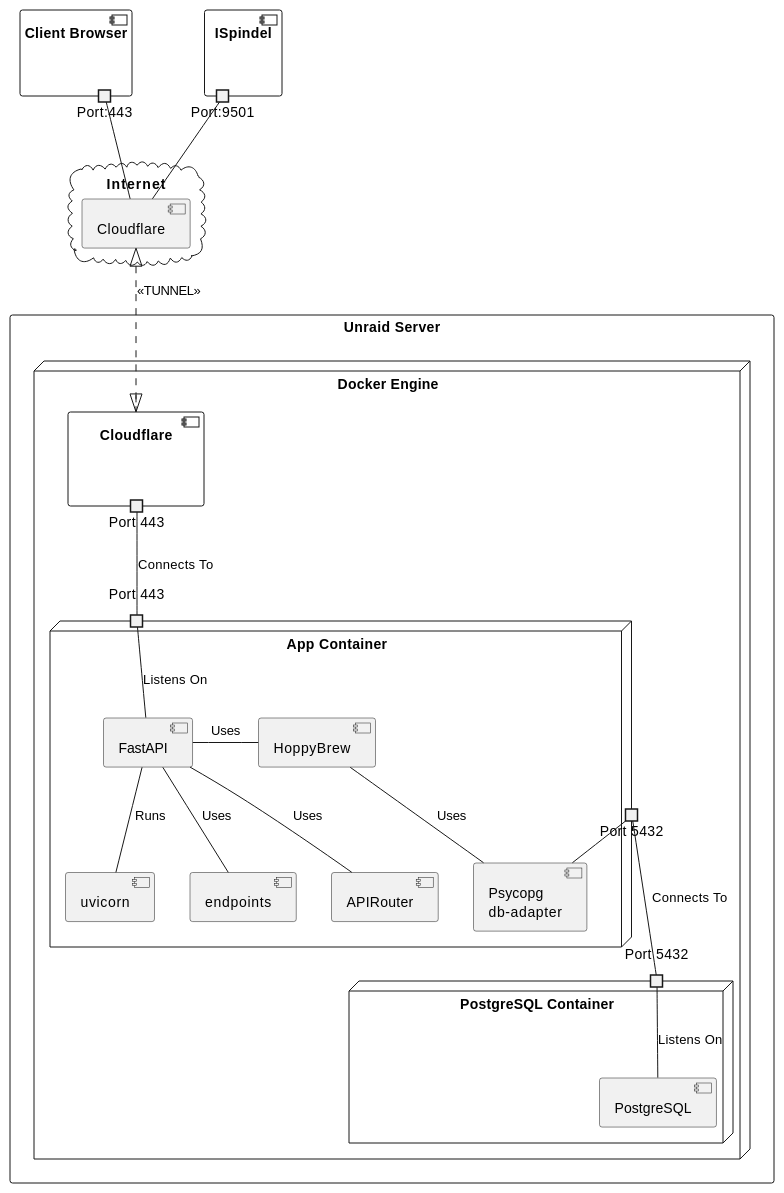
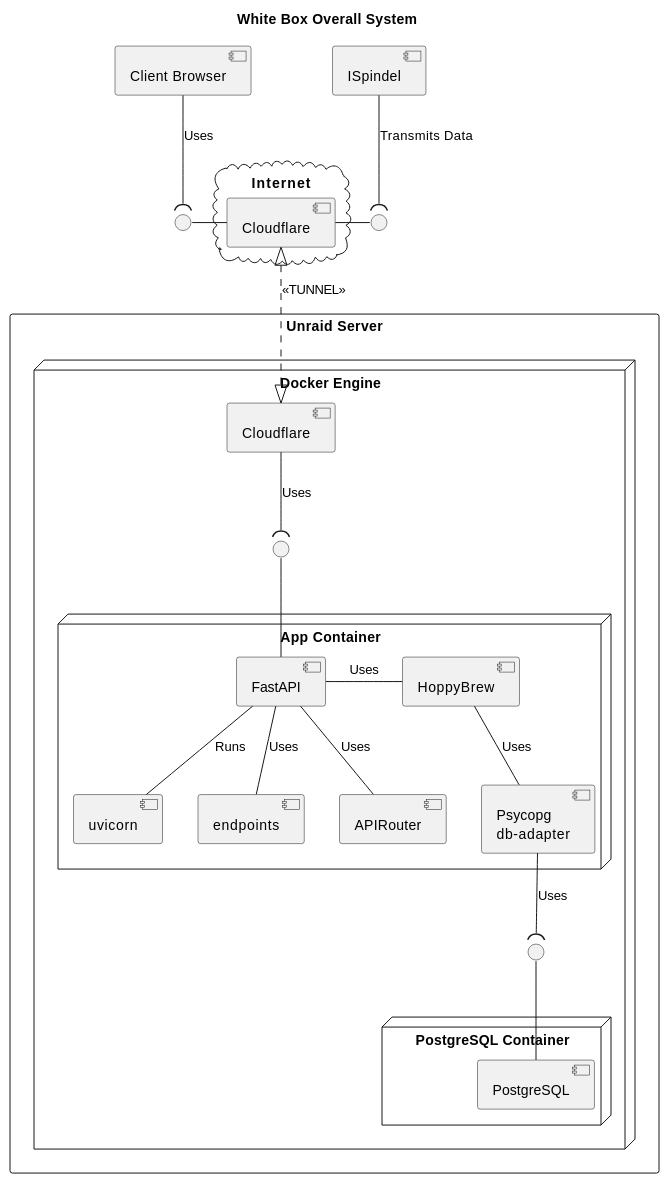
The first of 2 diagrams in documents/01-Conception-Phase/chapters/05_Building_Block_View.md (asbor/iu-project-software-engineering), drawn with PlantUML before and after one commit. The commit also changed other lines of this file and 20 other files, not shown here.

````diff
--- a/documents/01-Conception-Phase/chapters/05_Building_Block_View.md
+++ b/documents/01-Conception-Phase/chapters/05_Building_Block_View.md
@@ -7,61 +7,61 @@
 ```plantuml
 @startuml 04-white-box-overall-system
-component "Client Browser" {
-    portout "Port:443" as Client_Port80
-}
 
-component "ISpindel" {
-    portout "Port:9501" as ISpindel_Port80
-}
+title White Box Overall System
+
+interface " " as I01
+interface " " as I02
+
+component "Client Browser" as ClientBrowser
+component "ISpindel" as ISpindel
 
 cloud "Internet" {
     component "Cloudflare" as cloudflare
 }
 
-ISpindel_Port80 -- cloudflare
-Client_Port80 -- cloudflare
+ClientBrowser --( I01 : Uses
+I01 - cloudflare 
+
+ISpindel --( I02 : Transmits Data
+I02 - cloudflare 
+
+
+
 
 rectangle "Unraid Server" {
     node "Docker Engine" {
-        component "Cloudflare" as tunnel{
-            portout "Port 443" as CloudFlare_portout443
-        }
-        cloudflare <|..|> tunnel : <<TUNNEL>>
+        component "Cloudflare" as CloudflareTunnel
+
+        cloudflare <|..|> CloudflareTunnel : <<TUNNEL>>
 
         node "App Container" as Application_Container {
             component "HoppyBrew" as HoppyBrew
             component "Psycopg\ndb-adapter" as db_adapter
             component "FastAPI" as api
             component "uvicorn" as uvicorn
             component "endpoints" as endpoints
             component "APIRouter" as APIRouter
 
-            portin "Port 443" as HoppyBrew_portin443
-            portout "Port 5432" as HoppyBrew_portout5432
-
-            HoppyBrew_portin443 - api : Listens On
-
             api - HoppyBrew : Uses
             HoppyBrew -- db_adapter : Uses
             api -- uvicorn  : Runs
             api -- endpoints  : Uses
             api -- APIRouter  : Uses
-            
-            db_adapter - HoppyBrew_portout5432 : Listens On
+        }
 
-        }
-        CloudFlare_portout443 -- HoppyBrew_portin443  : Connects To
+        interface " " as I03
+        CloudflareTunnel --( I03 : Uses
+        I03 -- api
+
 
         node "PostgreSQL Container" {
             component "PostgreSQL" as db
-            
-            portin "Port 5432" as Postgres_port5432
-
-            Postgres_port5432 -- db : Listens On
         }
 
-        HoppyBrew_portout5432 -- Postgres_port5432 : Connects To
+        interface " " as I04
+        db_adapter --( I04 : Uses
+        I04 -- db
     }
 }
 @enduml
 ```
````
